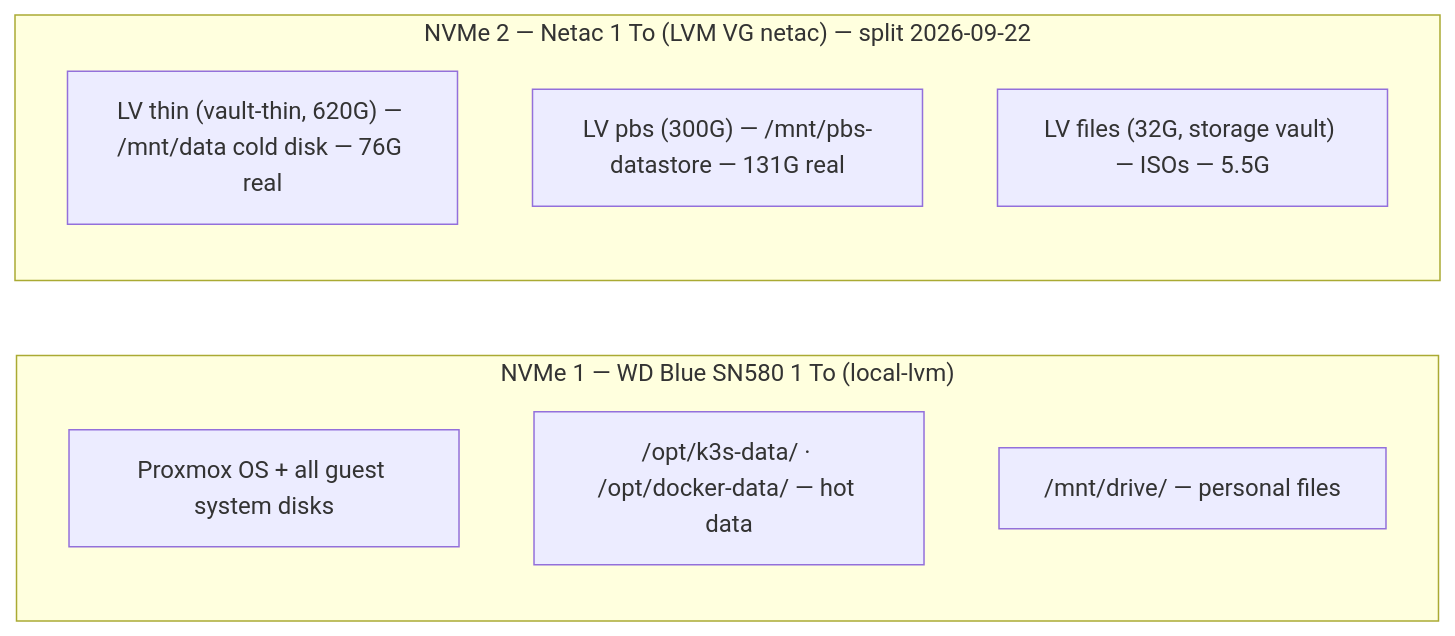
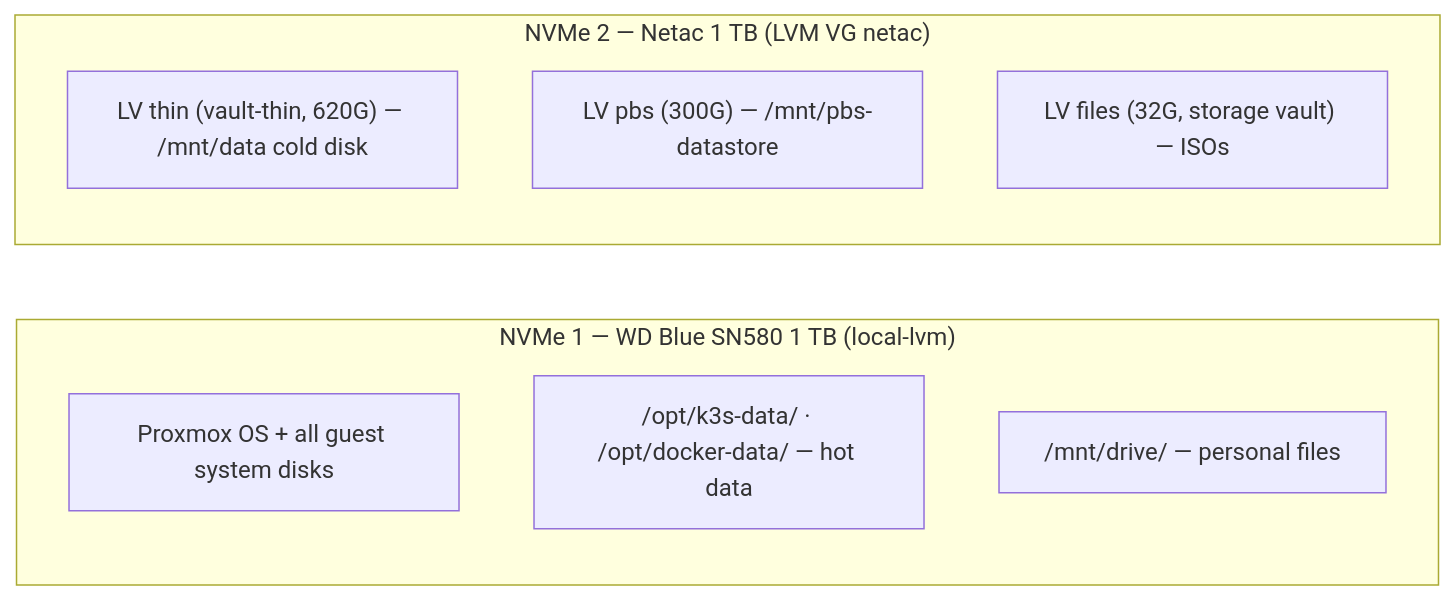
The diagram in docs/infrastructure.md (Enoal-Fauchille-Bolle/Astra-ops), drawn with Mermaid before and after one commit. The commit also changed other lines of this file, not shown here.

````diff
--- a/docs/infrastructure.md
+++ b/docs/infrastructure.md
@@ -112,13 +112,13 @@
 ```mermaid
 graph LR
-    subgraph NVMe1["NVMe 1 — WD Blue SN580 1 To (local-lvm)"]
+    subgraph NVMe1["NVMe 1 — WD Blue SN580 1 TB (local-lvm)"]
         OS[Proxmox OS + all guest system disks]
         HOT["/opt/k3s-data/ · /opt/docker-data/ — hot data"]
         DRIVE["/mnt/drive/ — personal files"]
     end
-    subgraph NVMe2["NVMe 2 — Netac 1 To (LVM VG netac) — split 2026-09-22"]
-        COLD["LV thin (vault-thin, 620G) — /mnt/data cold disk — 76G real"]
-        PBS["LV pbs (300G) — /mnt/pbs-datastore — 131G real"]
-        ISO["LV files (32G, storage vault) — ISOs — 5.5G"]
+    subgraph NVMe2["NVMe 2 — Netac 1 TB (LVM VG netac)"]
+        COLD["LV thin (vault-thin, 620G) — /mnt/data cold disk"]
+        PBS["LV pbs (300G) — /mnt/pbs-datastore"]
+        ISO["LV files (32G, storage vault) — ISOs"]
     end
 ```
````
